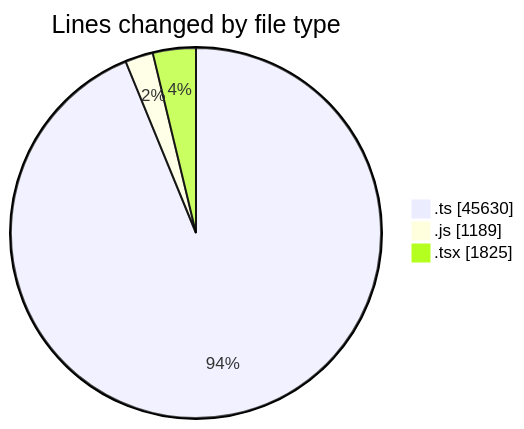
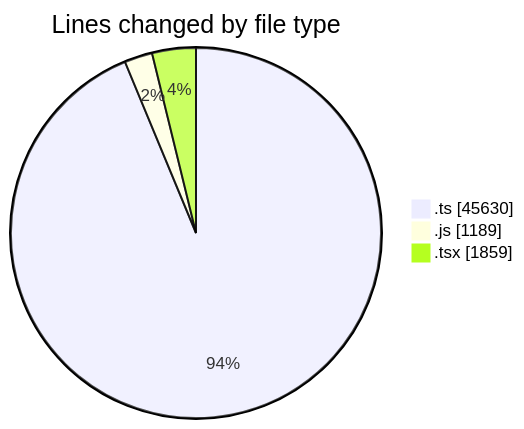
Before and after one commit to momahboobian/code-tracking: the first of 2 diagrams in 2026-11-03/cda/README.md, drawn with Mermaid. The commit also changed other lines of this file and 1 other file, not shown here.

````diff
--- a/2026-11-03/cda/README.md
+++ b/2026-11-03/cda/README.md
@@ -44,7 +44,7 @@
 ```mermaid
 pie showData
 title Lines changed by file type
 ".ts" : 45630
 ".js" : 1189
-".tsx" : 1825
+".tsx" : 1859
 ```
````
